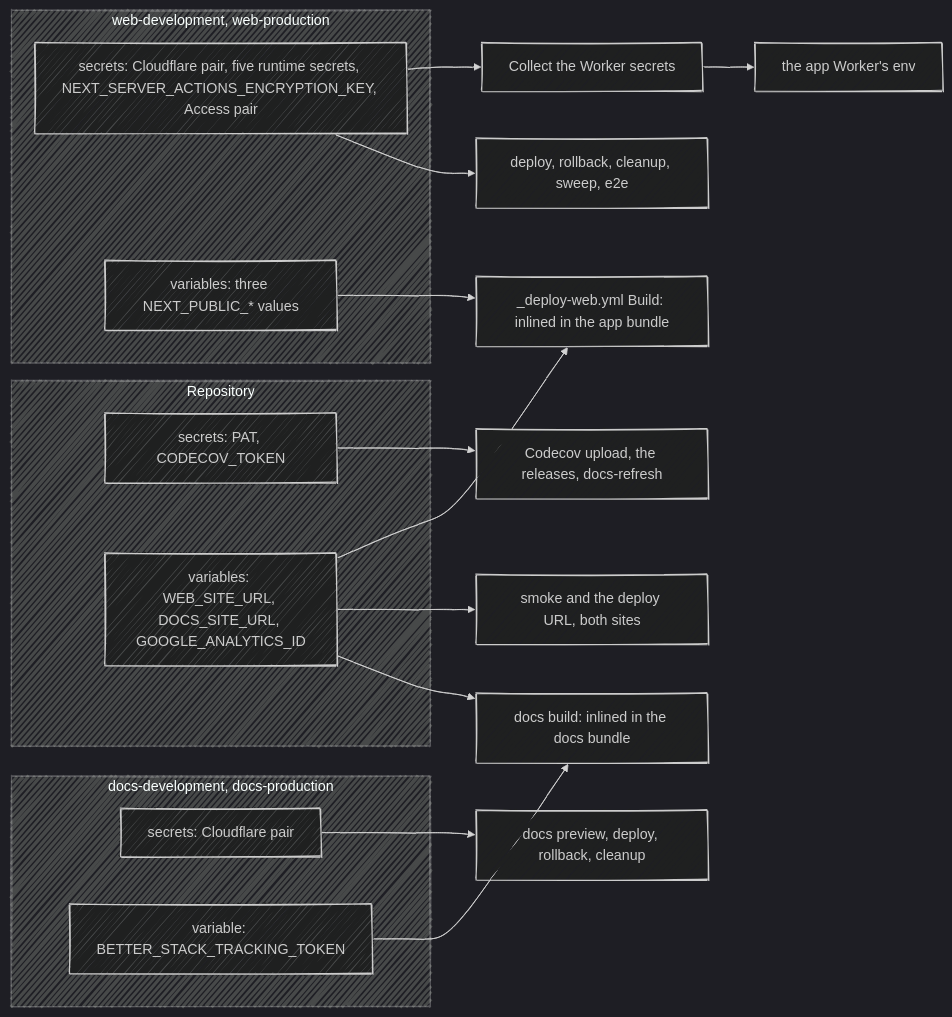
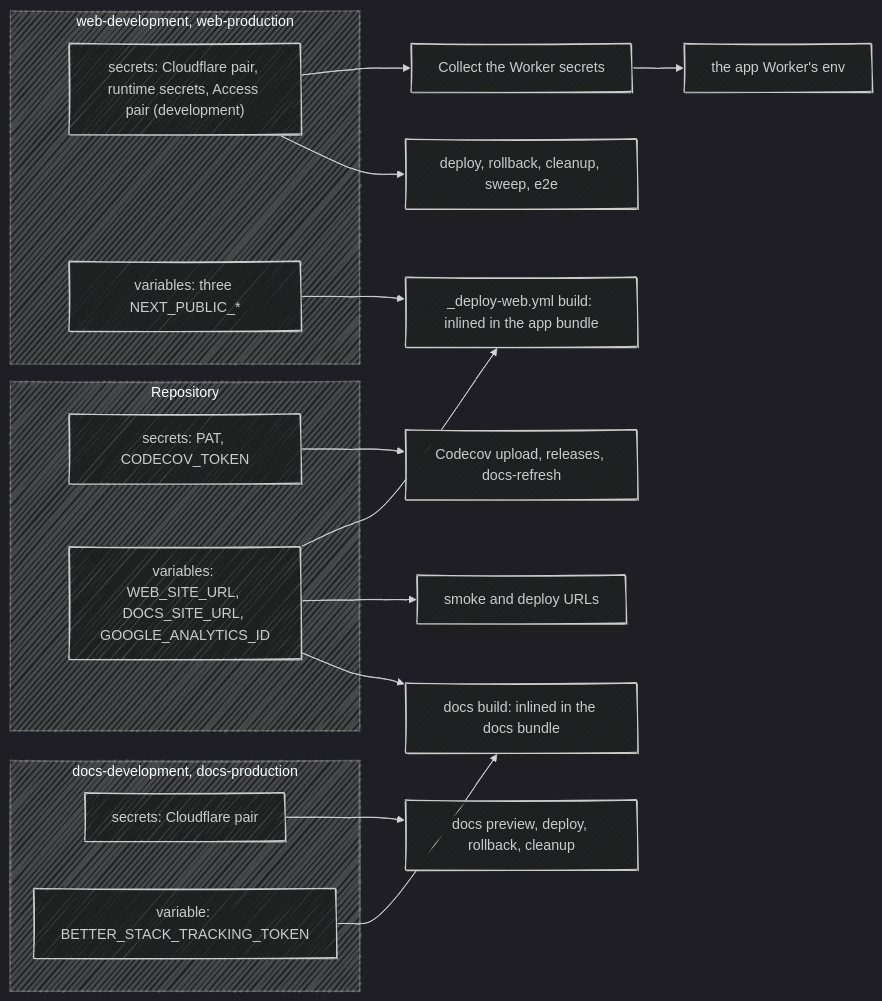
One commit to fbuireu/forever-pto changed the diagram in apps/docs/src/content/docs/infra/secrets.mdx. Above: the diagram before and after it, drawn with Mermaid (dark theme). The commit also changed other lines of this file and 1 other file, not shown here.

First line of the commit message:
docs(infra): correct the Cloudflare and secrets pages

````diff
--- a/apps/docs/src/content/docs/infra/secrets.mdx
+++ b/apps/docs/src/content/docs/infra/secrets.mdx
@@ -19,27 +19,27 @@
 ```mermaid
 ---
 config:
   look: handDrawn
   layout: dagre
 ---
 flowchart LR
   subgraph repo ["Repository"]
     RS["secrets: PAT, CODECOV_TOKEN"]
     RV["variables: WEB_SITE_URL, DOCS_SITE_URL, GOOGLE_ANALYTICS_ID"]
   end
   subgraph web ["web-development, web-production"]
-    WS["secrets: Cloudflare pair, five runtime secrets, NEXT_SERVER_ACTIONS_ENCRYPTION_KEY, Access pair"]
-    WV["variables: three NEXT_PUBLIC_* values"]
+    WS["secrets: Cloudflare pair, runtime secrets, Access pair (development)"]
+    WV["variables: three NEXT_PUBLIC_*"]
   end
   subgraph docs ["docs-development, docs-production"]
     DS["secrets: Cloudflare pair"]
     DV["variable: BETTER_STACK_TRACKING_TOKEN"]
   end
-  WV & RV --> BUILD["_deploy-web.yml Build: inlined in the app bundle"]
+  WV & RV --> BUILD["_deploy-web.yml build: inlined in the app bundle"]
   WS --> GUARD["Collect the Worker secrets"] --> WORKER["the app Worker's env"]
   WS --> CFJOBS["deploy, rollback, cleanup, sweep, e2e"]
-  RV --> SMOKE["smoke and the deploy URL, both sites"]
+  RV --> SMOKE["smoke and deploy URLs"]
   DV & RV --> DBUILD["docs build: inlined in the docs bundle"]
   DS --> DJOBS["docs preview, deploy, rollback, cleanup"]
-  RS --> CIJOBS["Codecov upload, the releases, docs-refresh"]
+  RS --> CIJOBS["Codecov upload, releases, docs-refresh"]
 ```
````
